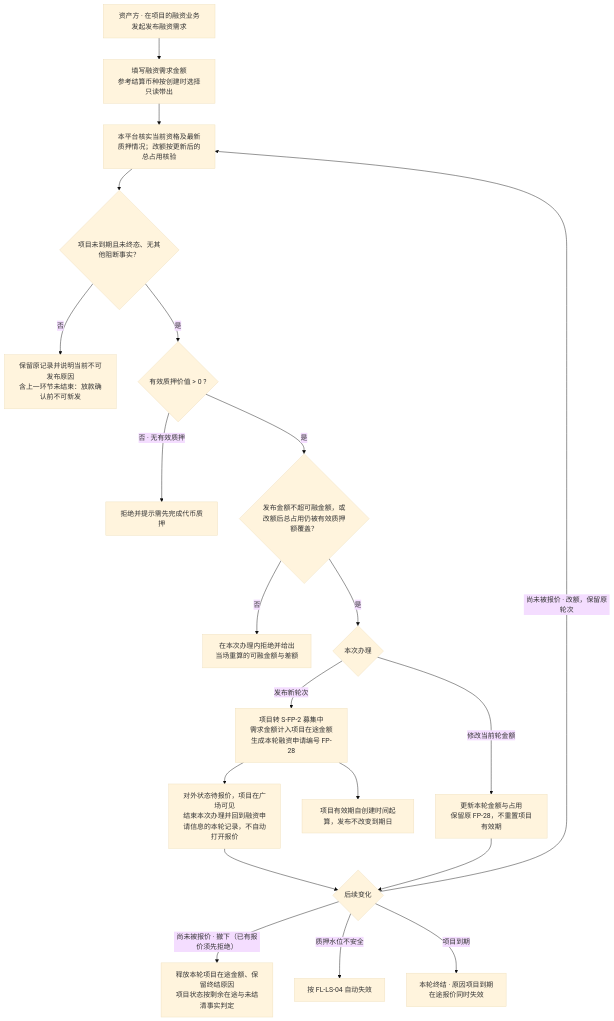
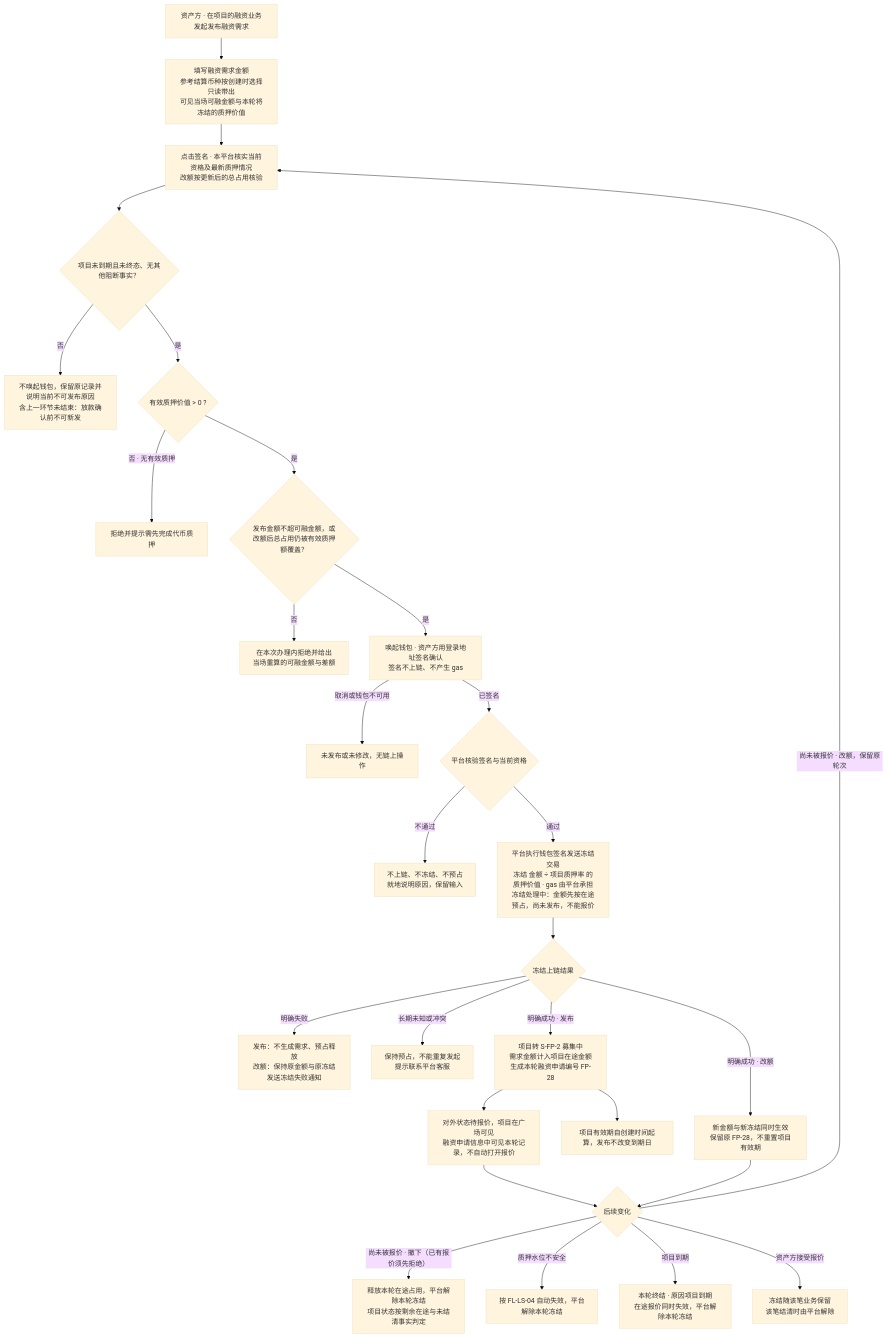
Before and after one commit to wxblockchain/Chain-Financing: the second of 10 diagrams in lending-platform/PRD/面客端/05-借贷广场-融资需求与代币质押/02-融资需求与代币质押-流程图与状态机.md, drawn with Mermaid (base theme). The commit also changed other lines of this file and 5 other files, not shown here.

````diff
--- a/lending-platform/PRD/面客端/05-借贷广场-融资需求与代币质押/02-融资需求与代币质押-流程图与状态机.md
+++ b/lending-platform/PRD/面客端/05-借贷广场-融资需求与代币质押/02-融资需求与代币质押-流程图与状态机.md
@@ -54,22 +64,30 @@
 ```mermaid
 flowchart TD
-  A["资产方 · 在项目的融资业务发起发布融资需求"] --> B["填写融资需求金额<br/>参考结算币种按创建时选择只读带出"]
-  B --> C["本平台核实当前资格及最新质押情况；改额按更新后的总占用核验"]
+  A["资产方 · 在项目的融资业务发起发布融资需求"] --> B["填写融资需求金额<br/>参考结算币种按创建时选择只读带出<br/>可见当场可融金额与本轮将冻结的质押价值"]
+  B --> C["点击签名 · 本平台核实当前资格及最新质押情况<br/>改额按更新后的总占用核验"]
   C --> P{"项目未到期且未终态、无其他阻断事实？"}
-  P -- "否" --> STOP["保留原记录并说明当前不可发布原因<br/>含上一环节未结束：放款确认前不可新发"]
+  P -- "否" --> STOP["不唤起钱包，保留原记录并说明当前不可发布原因<br/>含上一环节未结束：放款确认前不可新发"]
   P -- "是" --> D{"有效质押价值 > 0 ?"}
   D -- "否 · 无有效质押" --> E["拒绝并提示需先完成代币质押"]
   D -- "是" --> F{"发布金额不超可融金额，或改额后总占用仍被有效质押额覆盖？"}
   F -- "否" --> G["在本次办理内拒绝并给出<br/>当场重算的可融金额与差额"]
-  F -- "是" --> T{"本次办理"}
-  T -- "发布新轮次" --> H["项目转 S-FP-2 募集中<br/>需求金额计入项目在途金额<br/>生成本轮融资申请编号 FP-28"]
-  T -- "修改当前轮金额" --> R["更新本轮金额与占用<br/>保留原 FP-28，不重置项目有效期"]
+  F -- "是" --> W["唤起钱包 · 资产方用登录地址签名确认<br/>签名不上链、不产生 gas"]
+  W -- "取消或钱包不可用" --> W0["未发布或未修改，无链上操作"]
+  W -- "已签名" --> WV{"平台核验签名与当前资格"}
+  WV -- "不通过" --> WV0["不上链、不冻结、不预占<br/>就地说明原因，保留输入"]
+  WV -- "通过" --> W1["平台执行钱包签名发送冻结交易<br/>冻结 金额 ÷ 项目质押率 的质押价值 · gas 由平台承担<br/>冻结处理中：金额先按在途预占，尚未发布，不能报价"]
+  W1 --> Q{"冻结上链结果"}
+  Q -- "明确失败" --> Q1["发布：不生成需求、预占释放<br/>改额：保持原金额与原冻结<br/>发送冻结失败通知"]
+  Q -- "长期未知或冲突" --> Q2["保持预占，不能重复发起<br/>提示联系平台客服"]
+  Q -- "明确成功 · 发布" --> H["项目转 S-FP-2 募集中<br/>需求金额计入项目在途金额<br/>生成本轮融资申请编号 FP-28"]
+  Q -- "明确成功 · 改额" --> R["新金额与新冻结同时生效<br/>保留原 FP-28，不重置项目有效期"]
   H --> I["项目有效期自创建时间起算，发布不改变到期日"]
-  H --> J["对外状态待报价，项目在广场可见<br/>结束本次办理并回到融资申请信息的本轮记录，不自动打开报价"]
+  H --> J["对外状态待报价，项目在广场可见<br/>融资申请信息中可见本轮记录，不自动打开报价"]
   J --> K{"后续变化"}
   R --> K
   K -- "尚未被报价 · 改额，保留原轮次" --> C
-  K -- "尚未被报价 · 撤下（已有报价须先拒绝）" --> L["释放本轮项目在途金额、保留终结原因<br/>项目状态按剩余在途与未结清事实判定"]
-  K -- "质押水位不安全" --> M["按 FL-LS-04 自动失效"]
-  K -- "项目到期" --> X["本轮终结 · 原因项目到期<br/>在途报价同时失效"]
+  K -- "尚未被报价 · 撤下（已有报价须先拒绝）" --> L["释放本轮在途占用，平台解除本轮冻结<br/>项目状态按剩余在途与未结清事实判定"]
+  K -- "质押水位不安全" --> M["按 FL-LS-04 自动失效，平台解除本轮冻结"]
+  K -- "项目到期" --> X["本轮终结 · 原因项目到期<br/>在途报价同时失效，平台解除本轮冻结"]
+  K -- "资产方接受报价" --> Y["冻结随该笔业务保留<br/>该笔结清时由平台解除"]
 ```
````
